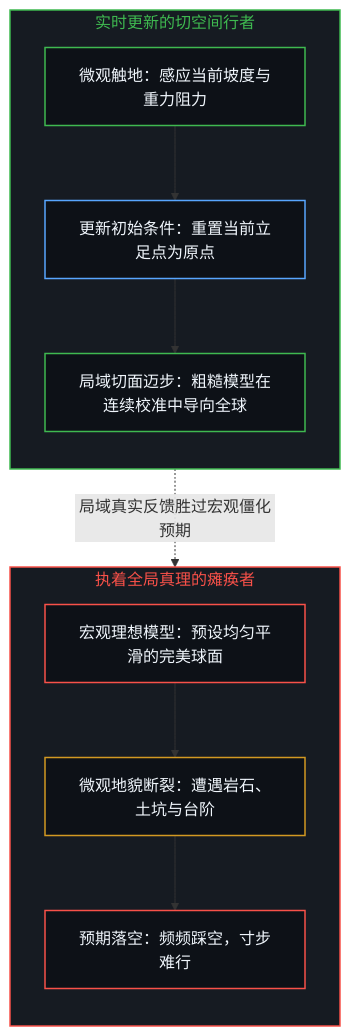
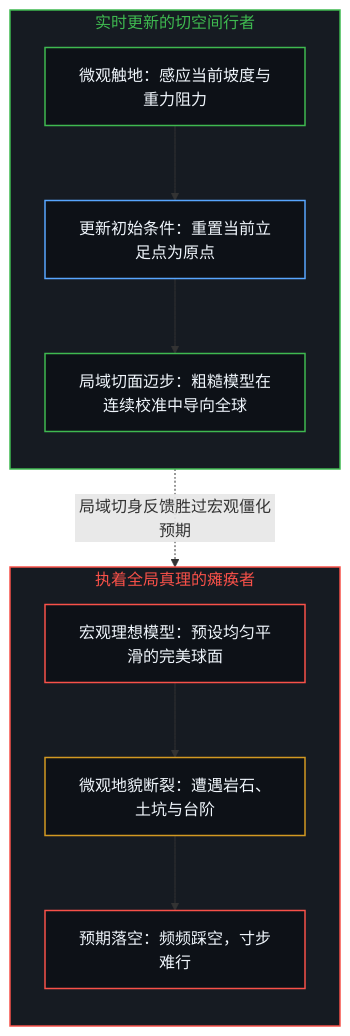
One commit to powerpig99/not-a-toe changed the first of 2 diagrams in content/posts/lu-kou-de-zhuan-xiang-yu-di-ping-shuo-de-xing-dong-bei-lun.md. Above: the diagram before and after it, drawn with Mermaid. The commit also changed other lines of this file and 11 other files, not shown here.

````diff
--- a/content/posts/lu-kou-de-zhuan-xiang-yu-di-ping-shuo-de-xing-dong-bei-lun.md
+++ b/content/posts/lu-kou-de-zhuan-xiang-yu-di-ping-shuo-de-xing-dong-bei-lun.md
@@ -27,29 +27,25 @@
 ```mermaid
 flowchart TD
     classDef default fill:#0d1117,stroke:#30363d,stroke-width:1px,color:#f0f6fc;
     classDef mind fill:#0d1117,stroke:#3fb950,stroke-width:1.5px,color:#f0f6fc;
     classDef warn fill:#0d1117,stroke:#d29922,stroke-width:1.5px,color:#f0f6fc;
     classDef fail fill:#0d1117,stroke:#f85149,stroke-width:1.5px,color:#f0f6fc;
     classDef model fill:#0d1117,stroke:#58a6ff,stroke-width:1.5px,color:#f0f6fc;
-
     subgraph S_Tangent ["实时更新的切空间行者"]
         direction TB
         TouchPoint["微观触地：感应当前坡度与重力阻力"]:::mind
         ResetOrigin["更新初始条件：重置当前立足点为原点"]:::model
         StepForward["局域切面迈步：粗糙模型在连续校准中导向全球"]:::mind
         TouchPoint --> ResetOrigin --> StepForward
     end
-
     subgraph S_Sphere ["执着全局真理的瘫痪者"]
         direction TB
         MacroModel["宏观理想模型：预设均匀平滑的完美球面"]:::fail
         RoughTerrain["微观地貌断裂：遭遇岩石、土坑与台阶"]:::warn
         StumbleFall["预期落空：频频踩空，寸步难行"]:::fail
         MacroModel --> RoughTerrain --> StumbleFall
     end
-
-    S_Tangent -.-> |局域真实反馈胜过宏观僵化预期| S_Sphere
-
+    S_Tangent -.-> |局域切身反馈胜过宏观僵化预期| S_Sphere
     style S_Tangent fill:#161b22,stroke:#3fb950,stroke-width:1.5px,color:#3fb950
     style S_Sphere fill:#161b22,stroke:#f85149,stroke-width:1.5px,color:#f85149
 ```
````
